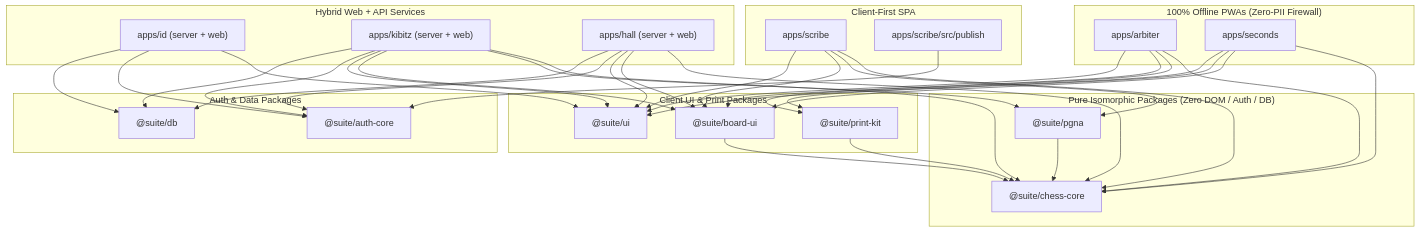
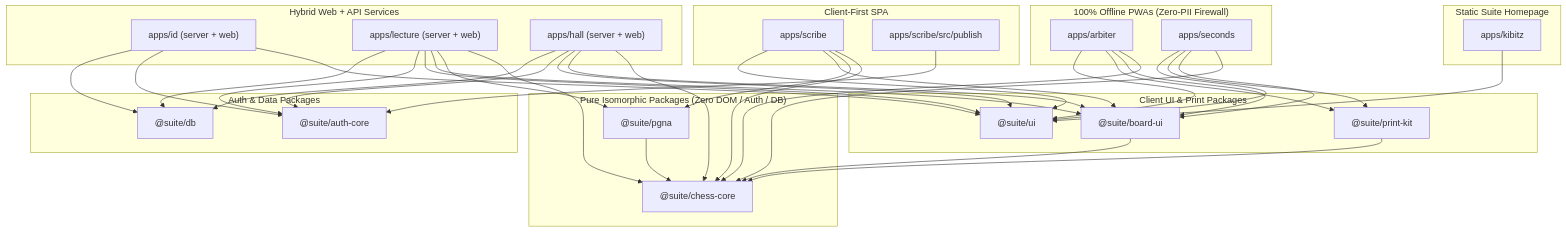
The diagram in docs/ARCHITECTURE.md (bg2bg7/kibitz), drawn with Mermaid before and after one commit. The commit also changed other lines of this file and 41 other files, not shown here.

Commit message:
feat(kibitz,ui): add Kibitz homepage, move lecture app, and add service Hello World pages

````diff
--- a/docs/ARCHITECTURE.md
+++ b/docs/ARCHITECTURE.md
@@ -30,45 +30,50 @@
 ```mermaid
 flowchart TD
+    subgraph StaticHome["Static Suite Homepage"]
+        kibitz["apps/kibitz"]
+    end
+
     subgraph OfflinePWAs["100% Offline PWAs (Zero-PII Firewall)"]
         arbiter["apps/arbiter"]
         seconds["apps/seconds"]
     end
 
     subgraph ClientFirst["Client-First SPA"]
         scribe["apps/scribe"]
         scribePub["apps/scribe/src/publish"]
     end
 
     subgraph HybridServices["Hybrid Web + API Services"]
         id["apps/id (server + web)"]
-        kibitz["apps/kibitz (server + web)"]
+        lecture["apps/lecture (server + web)"]
         hall["apps/hall (server + web)"]
     end
 
     subgraph PurePackages["Pure Isomorphic Packages (Zero DOM / Auth / DB)"]
         chessCore["@suite/chess-core"]
         pgna["@suite/pgna"]
     end
 
     subgraph ClientPackages["Client UI & Print Packages"]
         boardUi["@suite/board-ui"]
         printKit["@suite/print-kit"]
         ui["@suite/ui"]
     end
 
     subgraph ServerAuthPackages["Auth & Data Packages"]
         authCore["@suite/auth-core"]
         db["@suite/db"]
     end
 
+    kibitz --> ui
     arbiter --> chessCore & boardUi & printKit & ui
     seconds --> chessCore & boardUi & printKit & ui
     scribe --> chessCore & pgna & boardUi & ui
     scribePub --> authCore
-    kibitz --> chessCore & pgna & boardUi & ui & authCore & db
+    lecture --> chessCore & pgna & boardUi & ui & authCore & db
     hall --> chessCore & boardUi & ui & authCore & db
     id --> ui & authCore & db
     pgna --> chessCore
     boardUi --> chessCore
     printKit --> chessCore
 ```
````
